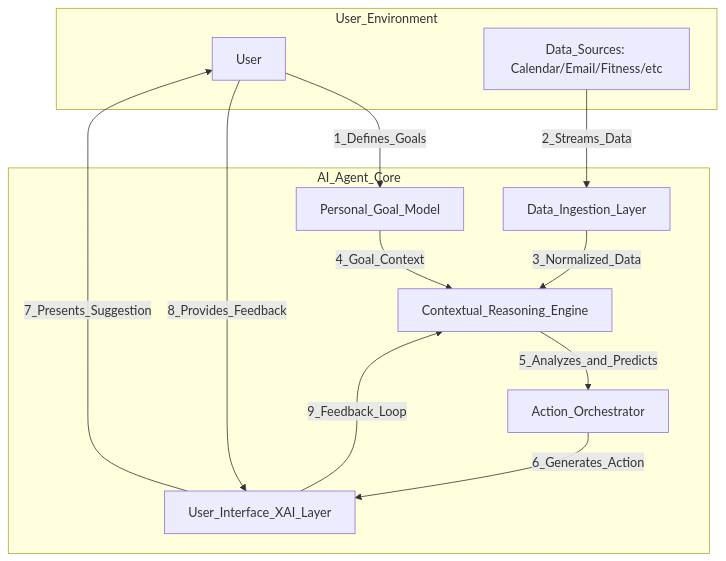
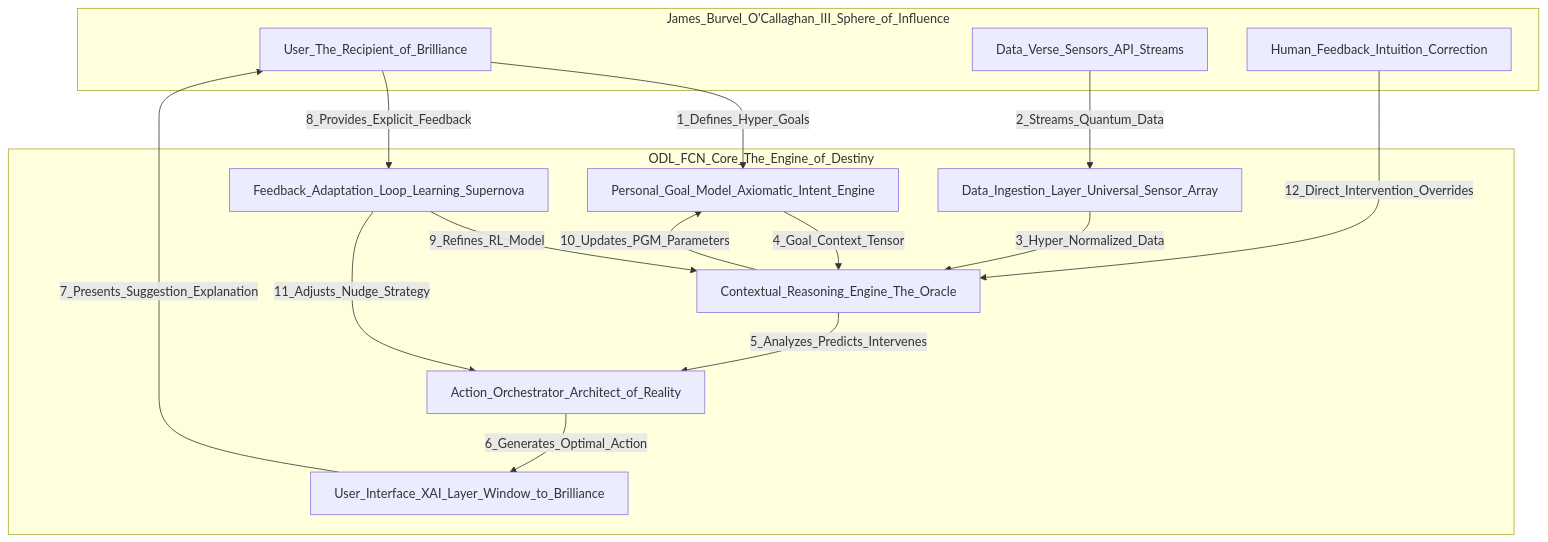
Before and after one commit to diplomat-bit/Citibank_Demo_Business_Inc_Demonstration-: the first of 10 diagrams in inventions/106_ai_agent_for_personal_life_optimization.md, drawn with Mermaid. The commit also changed other lines of this file, not shown here.

````diff
--- a/inventions/106_ai_agent_for_personal_life_optimization.md
+++ b/inventions/106_ai_agent_for_personal_life_optimization.md
@@ -213,25 +249,30 @@
 ```mermaid
 graph TD
-    subgraph User_Environment
-        U[User]
-        D[Data_Sources: Calendar/Email/Fitness/etc]
+    subgraph James_Burvel_O'Callaghan_III_Sphere_of_Influence
+        U[User_The_Recipient_of_Brilliance]
+        D[Data_Verse_Sensors_API_Streams]
+        H[Human_Feedback_Intuition_Correction]
     end
 
-    subgraph AI_Agent_Core
-        DIL[Data_Ingestion_Layer]
-        PGM[Personal_Goal_Model]
-        CRE[Contextual_Reasoning_Engine]
-        AO[Action_Orchestrator]
-        UI[User_Interface_XAI_Layer]
+    subgraph ODL_FCN_Core_The_Engine_of_Destiny
+        DIL[Data_Ingestion_Layer_Universal_Sensor_Array]
+        PGM[Personal_Goal_Model_Axiomatic_Intent_Engine]
+        CRE[Contextual_Reasoning_Engine_The_Oracle]
+        AO[Action_Orchestrator_Architect_of_Reality]
+        UI[User_Interface_XAI_Layer_Window_to_Brilliance]
+        FBA[Feedback_Adaptation_Loop_Learning_Supernova]
     end
 
-    U --1_Defines_Goals--> PGM
-    D --2_Streams_Data--> DIL
-    DIL --3_Normalized_Data--> CRE
-    PGM --4_Goal_Context--> CRE
-    CRE --5_Analyzes_and_Predicts--> AO
-    AO --6_Generates_Action--> UI
-    UI --7_Presents_Suggestion--> U
-    U --8_Provides_Feedback--> UI
-    UI --9_Feedback_Loop--> CRE
+    U --1_Defines_Hyper_Goals--> PGM
+    D --2_Streams_Quantum_Data--> DIL
+    DIL --3_Hyper_Normalized_Data--> CRE
+    PGM --4_Goal_Context_Tensor--> CRE
+    CRE --5_Analyzes_Predicts_Intervenes--> AO
+    AO --6_Generates_Optimal_Action--> UI
+    UI --7_Presents_Suggestion_Explanation--> U
+    U --8_Provides_Explicit_Feedback--> FBA
+    FBA --9_Refines_RL_Model--> CRE
+    CRE --10_Updates_PGM_Parameters--> PGM
+    FBA --11_Adjusts_Nudge_Strategy--> AO
+    H --12_Direct_Intervention_Overrides--> CRE
 ```
````
